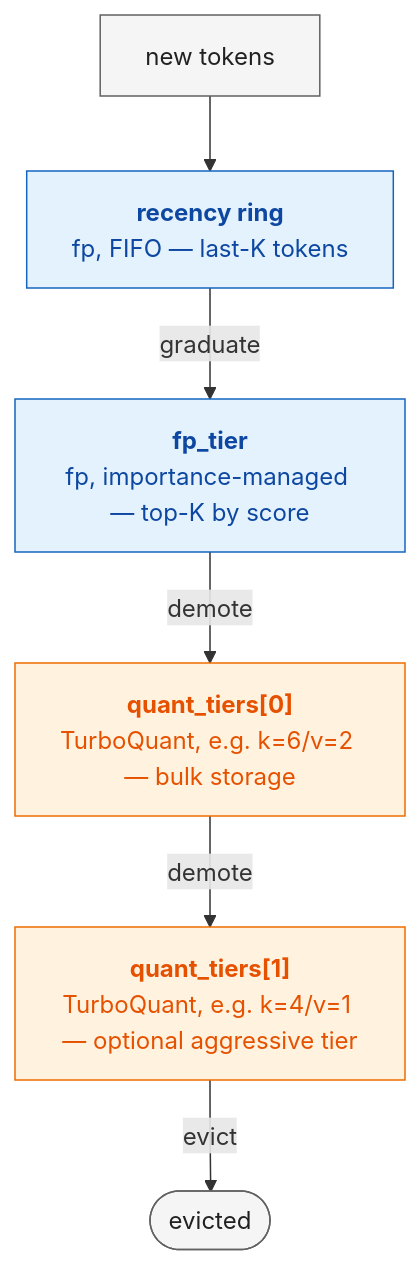
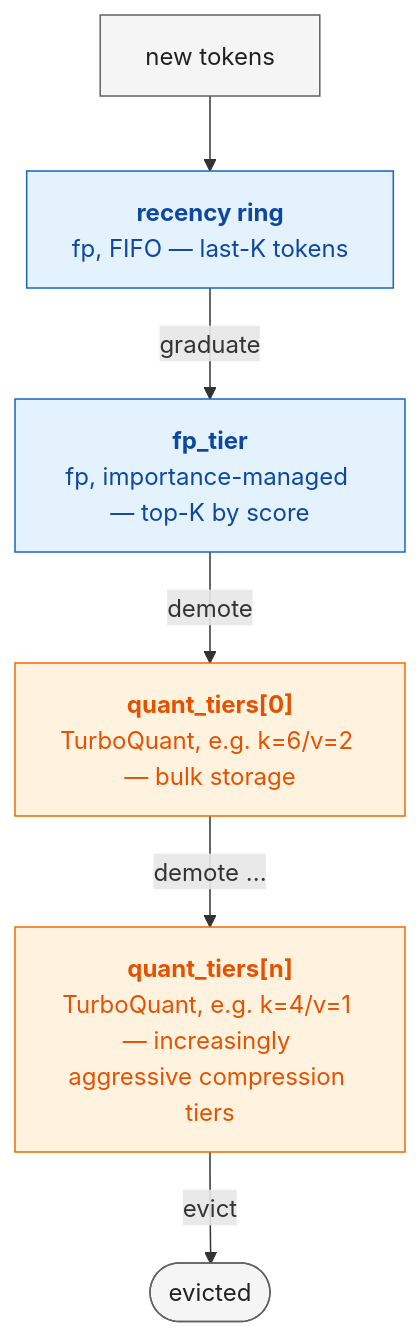
One commit to dkapur17/KVCascade changed the diagram in README.md. Above: the diagram before and after it, drawn with Mermaid. The commit also changed other lines of this file, not shown here.

````diff
--- a/README.md
+++ b/README.md
@@ -17,15 +17,15 @@
 ```mermaid
 flowchart TD
     new["new tokens"] --> ring["<b>recency ring</b><br/>fp, FIFO — last-K tokens"]
     ring -->|graduate| fp["<b>fp_tier</b><br/>fp, importance-managed — top-K by score"]
     fp -->|demote| q0["<b>quant_tiers[0]</b><br/>TurboQuant, e.g. k=6/v=2 — bulk storage"]
-    q0 -->|demote| q1["<b>quant_tiers[1]</b><br/>TurboQuant, e.g. k=4/v=1 — optional aggressive tier"]
-    q1 -->|evict| dropped(["evicted"])
+    q0 -->|demote ...| qn["<b>quant_tiers[n]</b><br/>TurboQuant, e.g. k=4/v=1 — increasingly aggressive compression tiers"]
+    qn -->|evict| dropped(["evicted"])
 
     classDef fpStyle fill:#e3f2fd,stroke:#1565c0,color:#0d47a1
     classDef quantStyle fill:#fff3e0,stroke:#ef6c00,color:#e65100
     classDef terminal fill:#f5f5f5,stroke:#616161,color:#212121
     class ring,fp fpStyle
-    class q0,q1 quantStyle
+    class q0,qn quantStyle
     class new,dropped terminal
 ```
````
